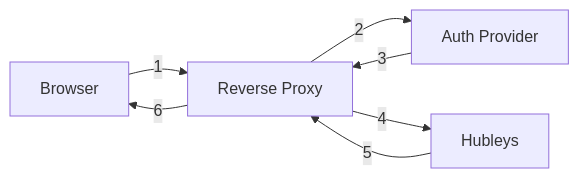
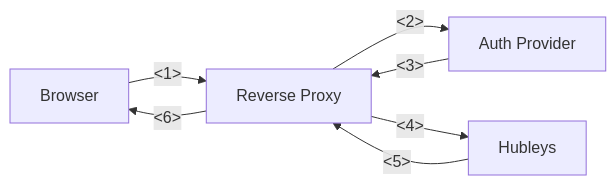
One commit to knrdl/hubleys-dashboard changed the diagram in README.md. Above: the diagram before and after it, drawn with Mermaid.

````diff
--- a/README.md
+++ b/README.md
@@ -82,13 +82,13 @@
 ```mermaid
 graph LR
 client[Browser]
 proxy[Reverse Proxy]
 idp[Auth Provider]
 app[Hubleys]
-client --1--> proxy
-proxy --2--> idp
-idp --3--> proxy
-proxy --4--> app
-app --5--> proxy
-proxy --6--> client
+client --<1>--> proxy
+proxy --<2>--> idp
+idp --<3>--> proxy
+proxy --<4>--> app
+app --<5>--> proxy
+proxy --<6>--> client
 ```
````
